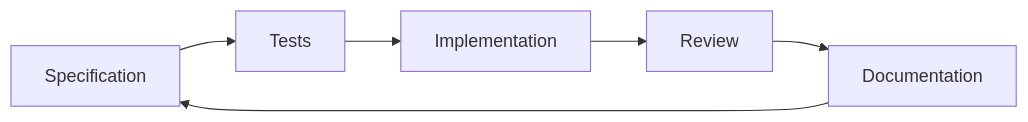
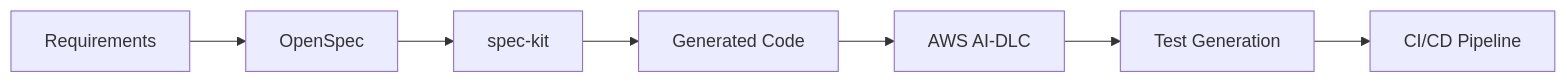
Before and after one commit to wilmarques/spec-driven-development: the diagram in presentations/spec-driven-development-intro.md, drawn with Mermaid. The commit also changed other lines of this file and 1 other file, not shown here.

````diff
--- a/presentations/spec-driven-development-intro.md
+++ b/presentations/spec-driven-development-intro.md
@@ -70,8 +383,9 @@
 ```mermaid
 graph LR
-    A[Specification] --> B[Tests]
-    B --> C[Implementation]
-    C --> D[Review]
-    D --> E[Documentation]
-    E --> A
+    A[Requirements] --> B[OpenSpec]
+    B --> C[spec-kit]
+    C --> D[Generated Code]
+    D --> E[AWS AI-DLC]
+    E --> F[Test Generation]
+    F --> G[CI/CD Pipeline]
 ```
````
